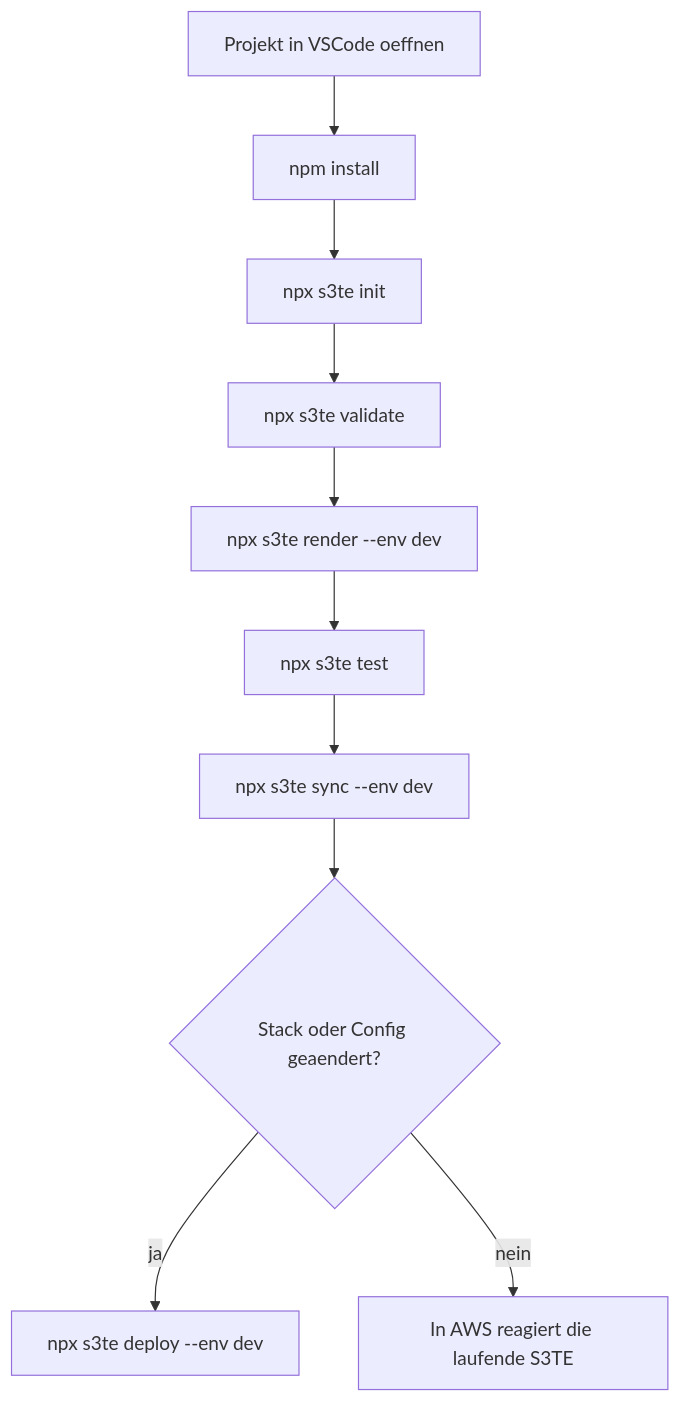
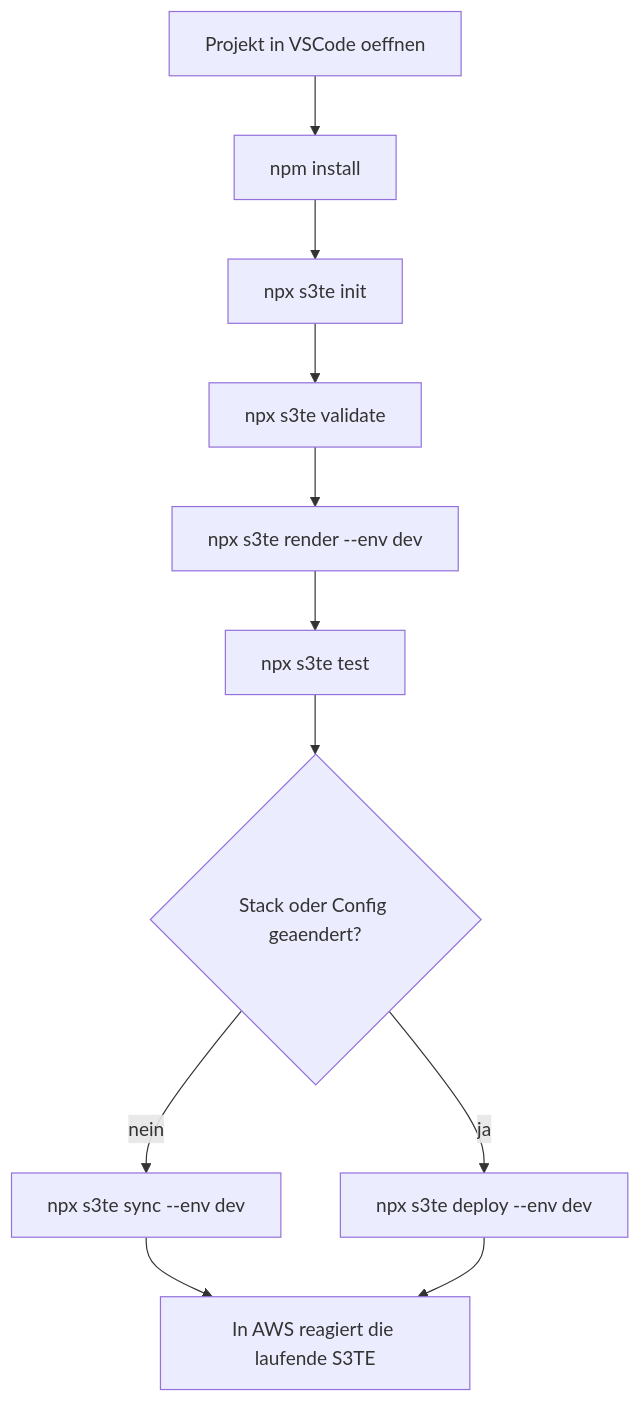
Before and after one commit to ProjectDocHelp/S3TemplateEngine: the diagram in docs/local-development.md, drawn with Mermaid. The commit also changed other lines of this file and 8 other files, not shown here.

````diff
--- a/docs/local-development.md
+++ b/docs/local-development.md
@@ -138,12 +138,13 @@
 ```mermaid
 flowchart TD
   A[Projekt in VSCode oeffnen] --> B[npm install]
   B --> C[npx s3te init]
   C --> D[npx s3te validate]
   D --> E[npx s3te render --env dev]
   E --> F[npx s3te test]
-  F --> G[npx s3te sync --env dev]
-  G --> H{Stack oder Config geaendert?}
-  H -->|ja| I[npx s3te deploy --env dev]
-  H -->|nein| J[In AWS reagiert die laufende S3TE]
+  F --> G{Stack oder Config geaendert?}
+  G -->|ja| H[npx s3te deploy --env dev]
+  G -->|nein| I[npx s3te sync --env dev]
+  I --> J[In AWS reagiert die laufende S3TE]
+  H --> J
 ```
````
